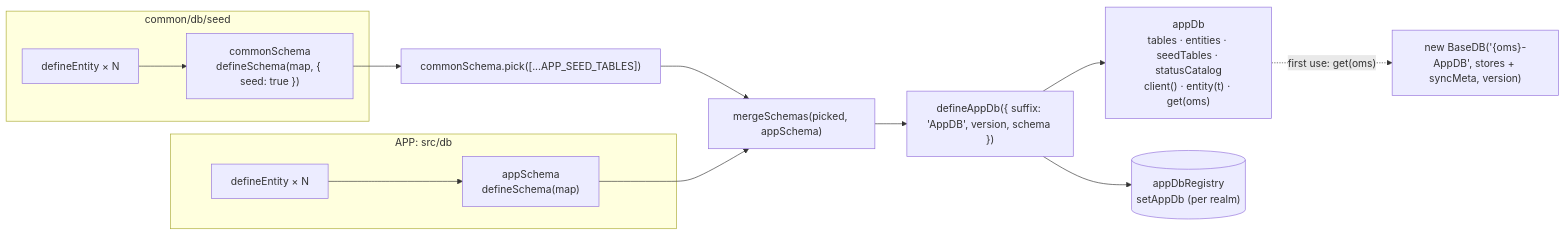
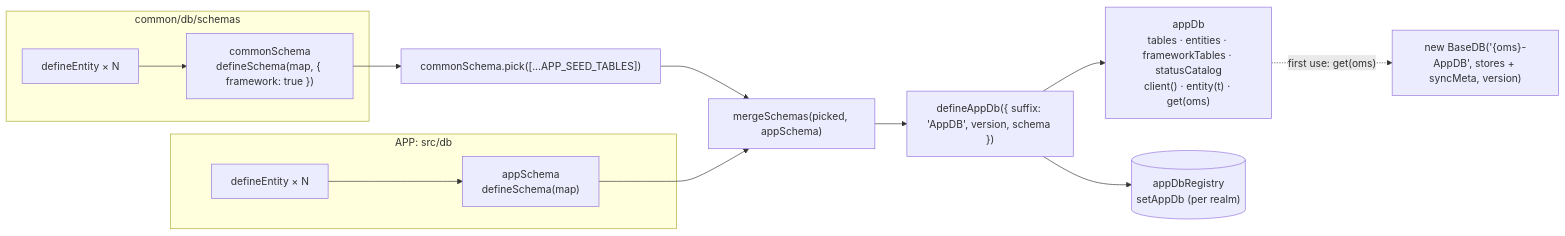
One commit to hotwax/accxui changed the third of 6 diagrams in docs/APP_DB_ARCHITECTURE.md. Above: the diagram before and after it, drawn with Mermaid. The commit also changed other lines of this file and 53 other files, not shown here.

Commit message:
Improved: common/db split into model/, schema/ and domain/; commonSchema and commonDomains move there, and seedTables becomes frameworkTables.

````diff
--- a/docs/APP_DB_ARCHITECTURE.md
+++ b/docs/APP_DB_ARCHITECTURE.md
@@ -174,16 +174,16 @@
 ```mermaid
 flowchart LR
-    subgraph FW["common/db/seed"]
-      CE["defineEntity × N"] --> CS["commonSchema<br/>defineSchema(map, { seed: true })"]
+    subgraph FW["common/db/schemas"]
+      CE["defineEntity × N"] --> CS["commonSchema<br/>defineSchema(map, { framework: true })"]
     end
     subgraph AP["APP: src/db"]
       AE["defineEntity × N"] --> AS["appSchema<br/>defineSchema(map)"]
     end
     CS --> PICK["commonSchema.pick([...APP_SEED_TABLES])"]
     PICK --> MERGE["mergeSchemas(picked, appSchema)"]
     AS --> MERGE
     MERGE --> DEF["defineAppDb({ suffix: 'AppDB', version, schema })"]
-    DEF --> APPDB["appDb<br/>tables · entities · seedTables · statusCatalog<br/>client() · entity(t) · get(oms)"]
+    DEF --> APPDB["appDb<br/>tables · entities · frameworkTables · statusCatalog<br/>client() · entity(t) · get(oms)"]
     DEF --> REG[("appDbRegistry<br/>setAppDb (per realm)")]
     APPDB -. "first use: get(oms)" .-> BDB["new BaseDB('{oms}-AppDB', stores + syncMeta, version)"]
 ```
````
